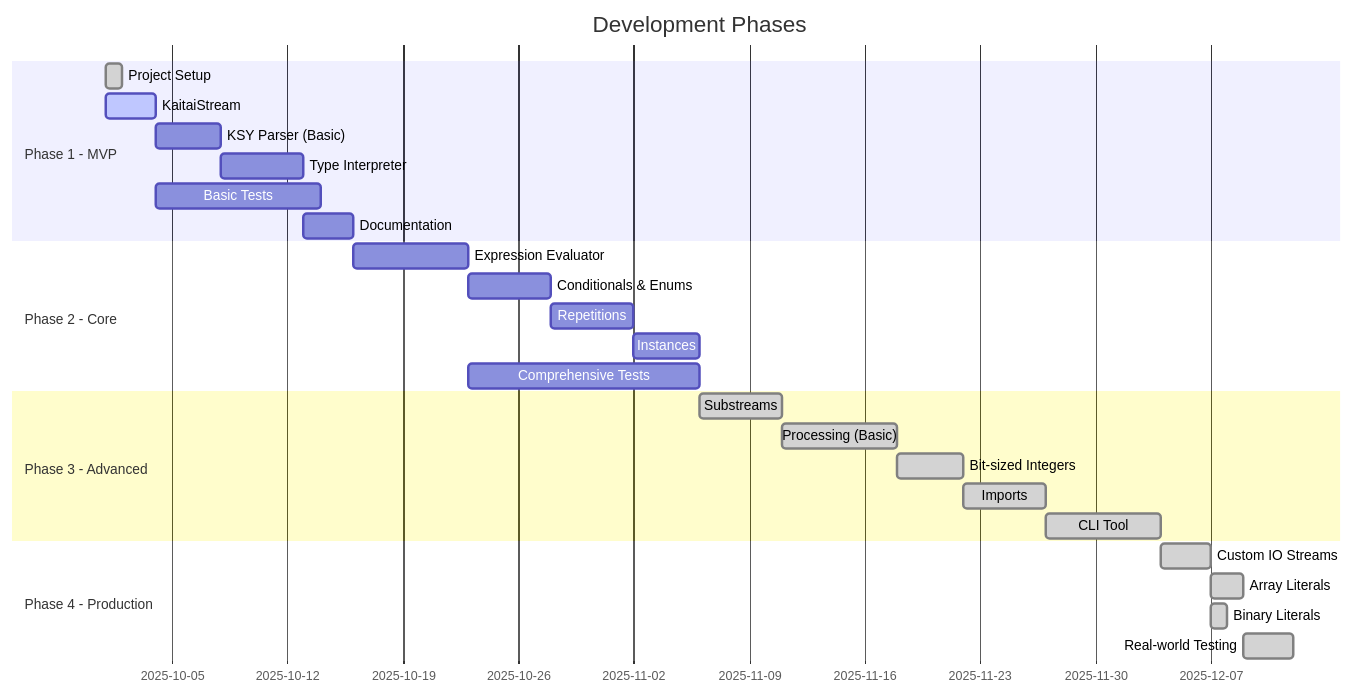
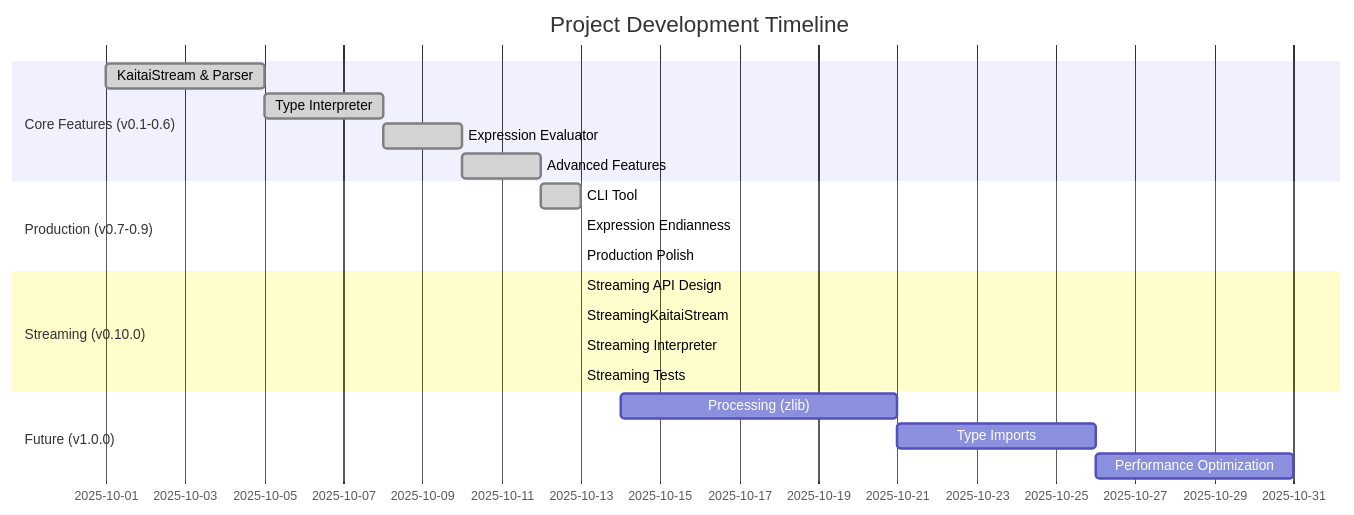
The ninth of 11 diagrams in docs/ARCHITECTURE.md (fabianopinto/kaitai-struct-ts), drawn with Mermaid before and after one commit. The commit also changed other lines of this file and 5 other files, not shown here.

First line of the commit message:
docs: add comprehensive API documentation and update architecture diagrams

````diff
--- a/docs/ARCHITECTURE.md
+++ b/docs/ARCHITECTURE.md
@@ -271,32 +308,27 @@
 ```mermaid
 gantt
-    title Development Phases
+    title Project Development Timeline
     dateFormat YYYY-MM-DD
-    section Phase 1 - MVP
-    Project Setup           :done, p1_1, 2025-10-01, 1d
-    KaitaiStream           :active, p1_2, 2025-10-01, 3d
-    KSY Parser (Basic)     :p1_3, after p1_2, 4d
-    Type Interpreter       :p1_4, after p1_3, 5d
-    Basic Tests            :p1_5, after p1_2, 10d
-    Documentation          :p1_6, after p1_4, 3d
 
-    section Phase 2 - Core
-    Expression Evaluator   :p2_1, after p1_6, 7d
-    Conditionals & Enums   :p2_2, after p2_1, 5d
-    Repetitions            :p2_3, after p2_2, 5d
-    Instances              :p2_4, after p2_3, 4d
-    Comprehensive Tests    :p2_5, after p2_1, 14d
+    section Core Features (v0.1-0.6)
+    KaitaiStream & Parser      :done, 2025-10-01, 2025-10-05
+    Type Interpreter           :done, 2025-10-05, 2025-10-08
+    Expression Evaluator       :done, 2025-10-08, 2025-10-10
+    Advanced Features          :done, 2025-10-10, 2025-10-12
 
-    section Phase 3 - Advanced
-    Substreams             :done, p3_1, after p2_5, 5d
-    Processing (Basic)     :done, p3_2, after p3_1, 7d
-    Bit-sized Integers     :done, p3_3, after p3_2, 4d
-    Imports                :done, p3_4, after p3_3, 5d
-    CLI Tool               :done, p3_5, after p3_4, 7d
+    section Production (v0.7-0.9)
+    CLI Tool                   :done, 2025-10-12, 2025-10-13
+    Expression Endianness      :done, 2025-10-13, 2025-10-13
+    Production Polish          :done, 2025-10-13, 2025-10-13
 
-    section Phase 4 - Production
-    Custom IO Streams      :done, p4_1, after p3_5, 3d
-    Array Literals         :done, p4_2, after p4_1, 2d
-    Binary Literals        :done, p4_3, after p4_1, 1d
-    Real-world Testing     :done, p4_4, after p4_2, 3d
+    section Streaming (v0.10.0)
+    Streaming API Design       :done, 2025-10-13, 2025-10-13
+    StreamingKaitaiStream      :done, 2025-10-13, 2025-10-13
+    Streaming Interpreter      :done, 2025-10-13, 2025-10-13
+    Streaming Tests            :done, 2025-10-13, 2025-10-13
+
+    section Future (v1.0.0)
+    Processing (zlib)          :2025-10-14, 7d
+    Type Imports               :2025-10-21, 5d
+    Performance Optimization   :2025-10-26, 5d
 ```
````
